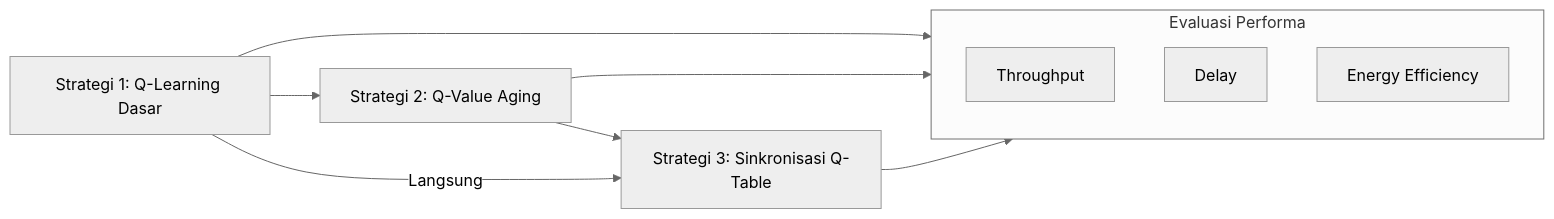
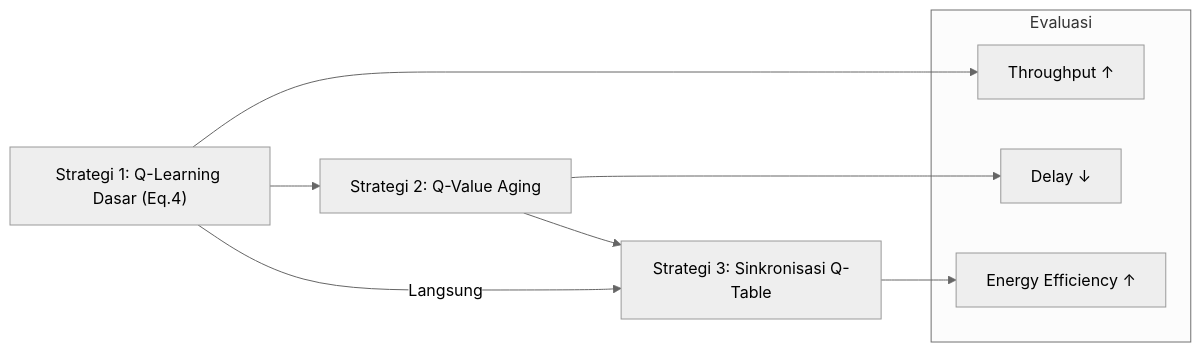
One commit to loxleyftsck/the-one-Topp changed the diagram in README.md. Above: the diagram before and after it, drawn with Mermaid (neutral theme). The commit also changed other lines of this file, not shown here.

````diff
--- a/README.md
+++ b/README.md
@@ -100,15 +124,16 @@
 ```mermaid
 graph LR;
-    S1["Strategi 1: Q-Learning Dasar"] --> S2["Strategi 2: Q-Value Aging"];
+    S1["Strategi 1: Q-Learning Dasar (Eq.4)"] --> S2["Strategi 2: Q-Value Aging"];
     S2 --> S3["Strategi 3: Sinkronisasi Q-Table"];
     S1 -->|Langsung| S3;
-    subgraph Evaluasi Performa
-        direction TB
-        P1["Throughput"]
-        P2["Delay"]
-        P3["Energy Efficiency"]
+
+    subgraph Evaluasi
+        P1["Throughput ↑"]
+        P2["Delay ↓"]
+        P3["Energy Efficiency ↑"]
     end
+
     S1 --> P1;
     S2 --> P2;
     S3 --> P3;
 ```
````
